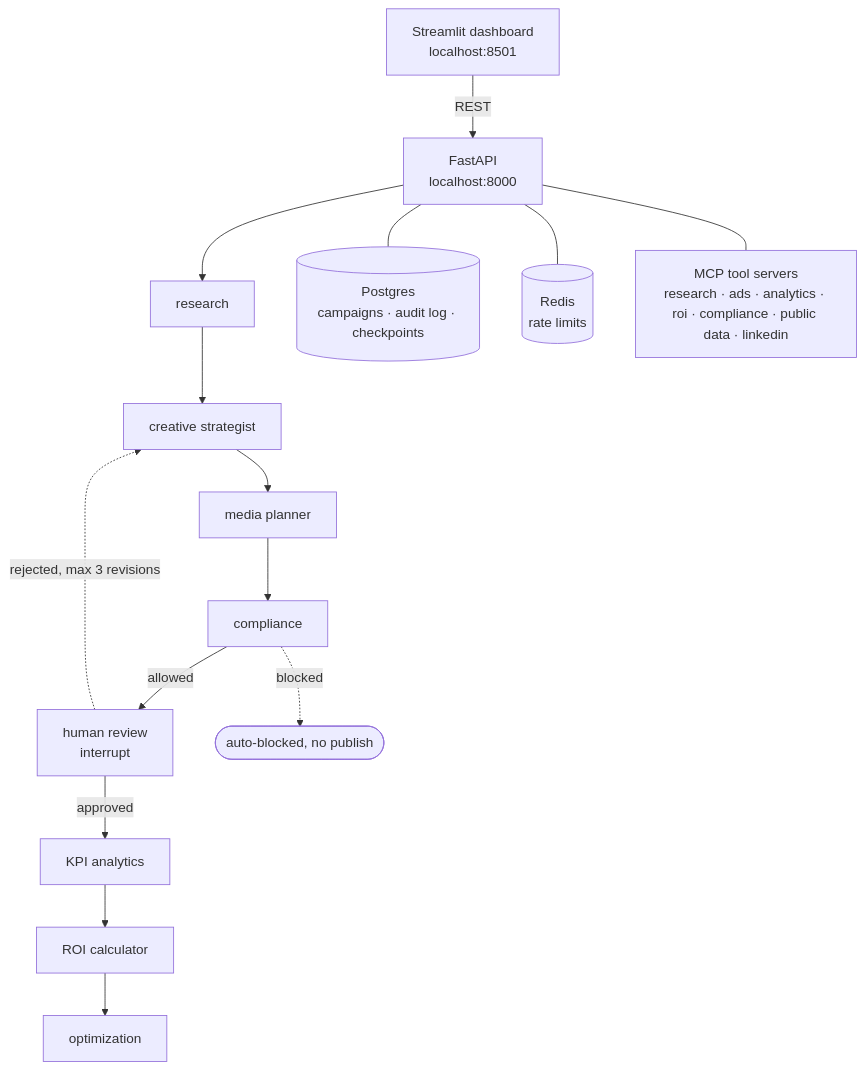
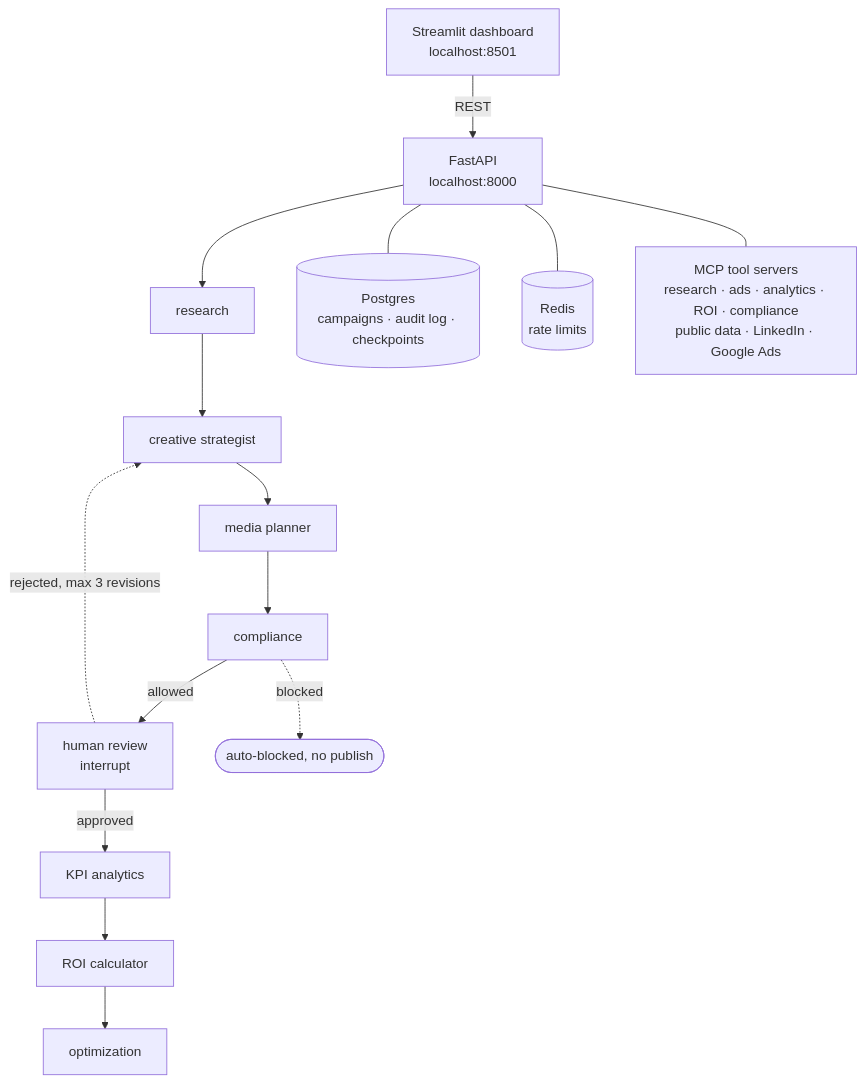
Before and after one commit to Kaustubh-Rathi/adforge: the diagram in README.md, drawn with Mermaid.

Commit message:
docs: name all eight MCP tool servers

````diff
--- a/README.md
+++ b/README.md
@@ -52,18 +52,18 @@
 ```mermaid
 flowchart TB
     DASH["Streamlit dashboard<br/>localhost:8501"] -->|REST| API["FastAPI<br/>localhost:8000"]
     API --> R["research"]
     R --> C["creative strategist"]
     C --> M["media planner"]
     M --> X["compliance"]
     X -->|allowed| H["human review<br/>interrupt"]
     H -->|approved| K["KPI analytics"]
     K --> ROI["ROI calculator"]
     ROI --> O["optimization"]
     H -.->|rejected, max 3 revisions| C
     X -.->|blocked| STOP(["auto-blocked, no publish"])
 
     API --- PG[("Postgres<br/>campaigns · audit log · checkpoints")]
     API --- RD[("Redis<br/>rate limits")]
-    API --- MCP["MCP tool servers<br/>research · ads · analytics · roi · compliance · public data · linkedin"]
+    API --- MCP["MCP tool servers<br/>research · ads · analytics · ROI · compliance<br/>public data · LinkedIn · Google Ads"]
 ```
````
